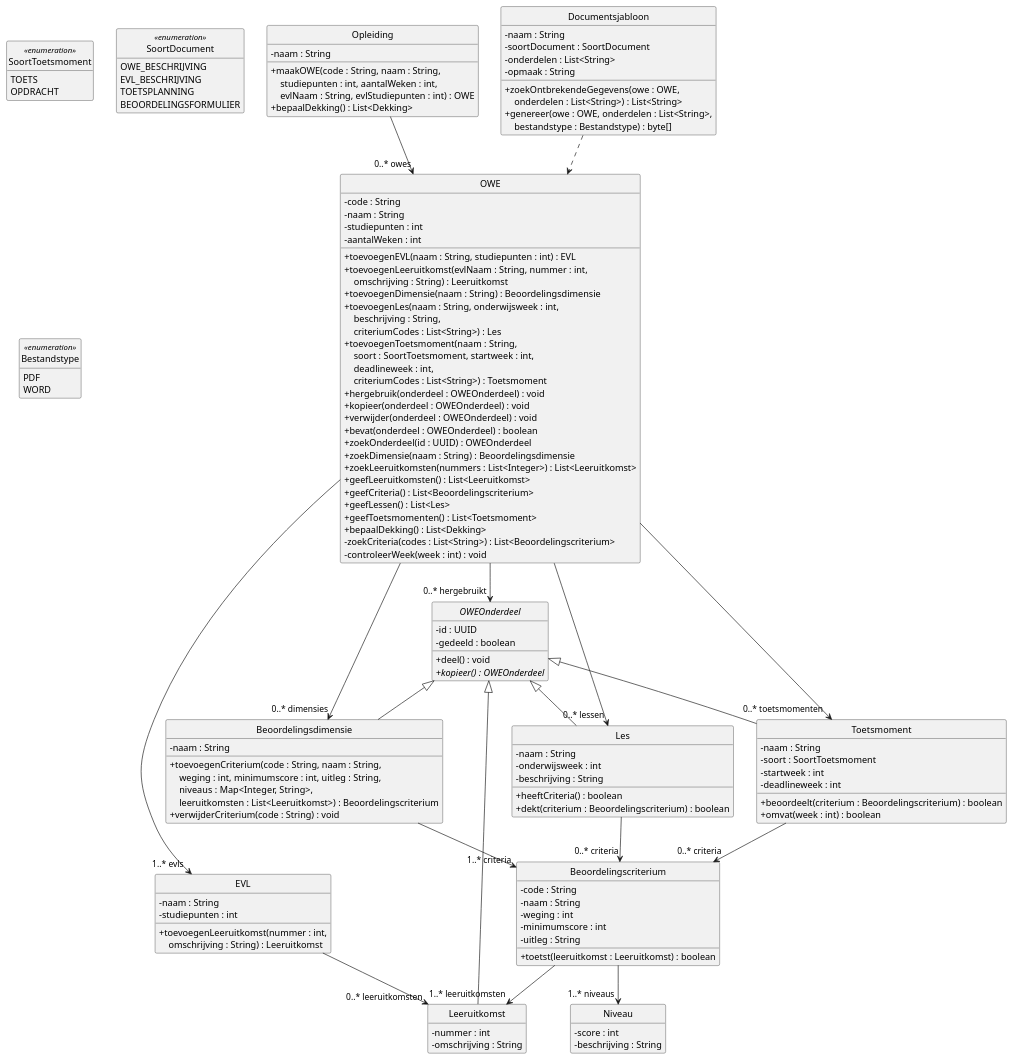
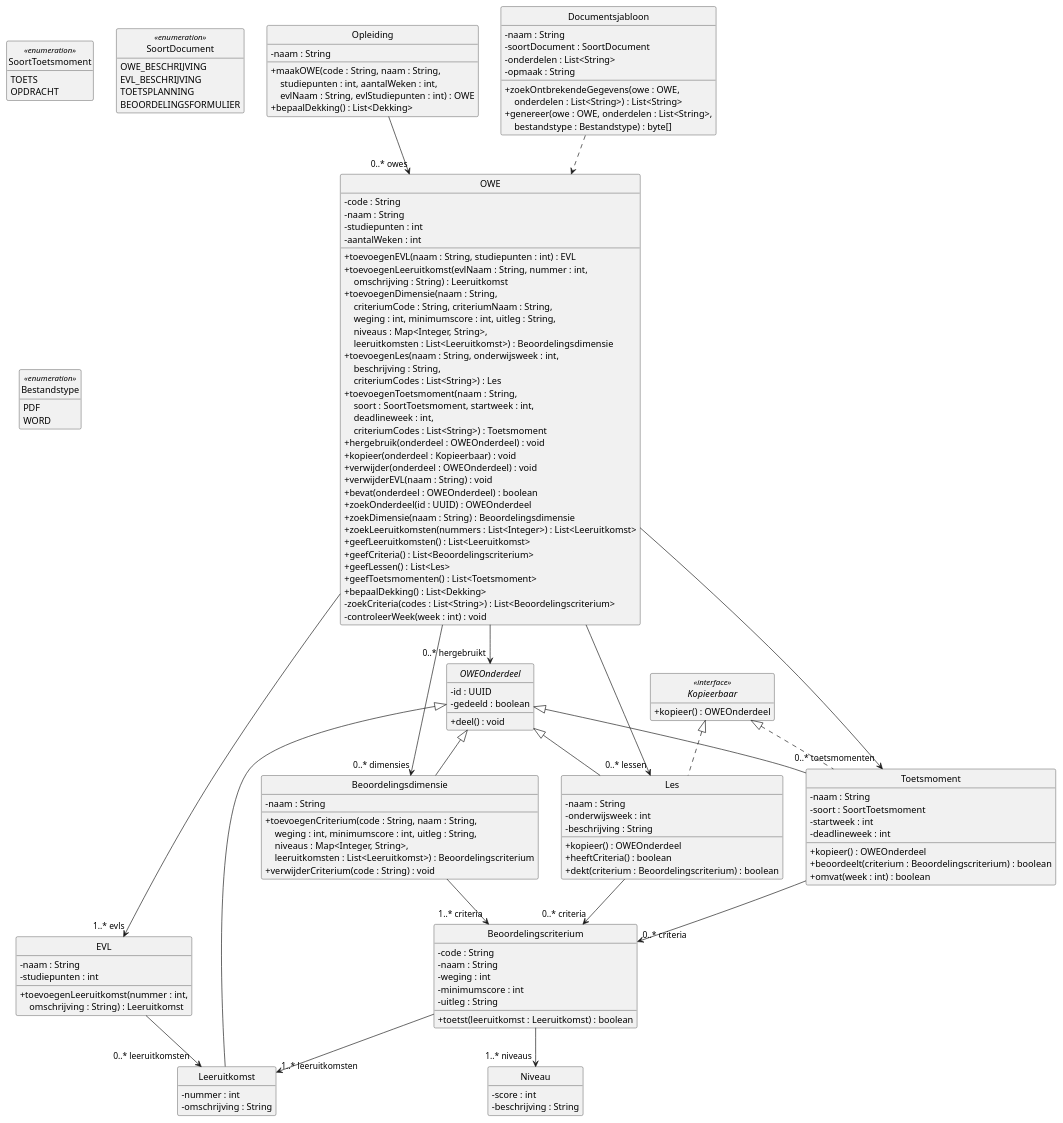
One commit to HAN-Craftsmanship-KL-JJG/casus changed the diagram in docs/diagrams/klassendiagram-domein.puml. Above: the diagram before and after it, drawn with PlantUML. The commit also changed 4 other files, not shown here.

First line of the commit message:
docs: resolve contradictions between class diagram and other docs

```diff
--- a/docs/diagrams/klassendiagram-domein.puml
+++ b/docs/diagrams/klassendiagram-domein.puml
@@ -1,156 +1,168 @@
 @startuml klassendiagram-domein
 ' Design class diagram van ICDE: de domeinklassen. Toelichting: docs/klassendiagram.md
 ' Getters en setters staan er niet in, zoals bij Larman (7.6).
 skinparam style strictuml
 skinparam shadowing false
 skinparam defaultFontName Helvetica
 skinparam classAttributeIconSize 0
 hide empty members
 
 class Opleiding {
   - naam : String
   + maakOWE(code : String, naam : String,\n    \
 studiepunten : int, aantalWeken : int,\n    \
 evlNaam : String, evlStudiepunten : int) : OWE
   + bepaalDekking() : List<Dekking>
 }
 
 class OWE {
   - code : String
   - naam : String
   - studiepunten : int
   - aantalWeken : int
   + toevoegenEVL(naam : String, studiepunten : int) : EVL
   + toevoegenLeeruitkomst(evlNaam : String, nummer : int,\n    \
 omschrijving : String) : Leeruitkomst
-  + toevoegenDimensie(naam : String) : Beoordelingsdimensie
+  + toevoegenDimensie(naam : String,\n    \
+criteriumCode : String, criteriumNaam : String,\n    \
+weging : int, minimumscore : int, uitleg : String,\n    \
+niveaus : Map<Integer, String>,\n    \
+leeruitkomsten : List<Leeruitkomst>) : Beoordelingsdimensie
   + toevoegenLes(naam : String, onderwijsweek : int,\n    \
 beschrijving : String,\n    \
 criteriumCodes : List<String>) : Les
   + toevoegenToetsmoment(naam : String,\n    \
 soort : SoortToetsmoment, startweek : int,\n    \
 deadlineweek : int,\n    \
 criteriumCodes : List<String>) : Toetsmoment
   + hergebruik(onderdeel : OWEOnderdeel) : void
-  + kopieer(onderdeel : OWEOnderdeel) : void
+  + kopieer(onderdeel : Kopieerbaar) : void
   + verwijder(onderdeel : OWEOnderdeel) : void
+  + verwijderEVL(naam : String) : void
   + bevat(onderdeel : OWEOnderdeel) : boolean
   + zoekOnderdeel(id : UUID) : OWEOnderdeel
   + zoekDimensie(naam : String) : Beoordelingsdimensie
   + zoekLeeruitkomsten(nummers : List<Integer>) : List<Leeruitkomst>
   + geefLeeruitkomsten() : List<Leeruitkomst>
   + geefCriteria() : List<Beoordelingscriterium>
   + geefLessen() : List<Les>
   + geefToetsmomenten() : List<Toetsmoment>
   + bepaalDekking() : List<Dekking>
   - zoekCriteria(codes : List<String>) : List<Beoordelingscriterium>
   - controleerWeek(week : int) : void
 }
 
 class EVL {
   - naam : String
   - studiepunten : int
   + toevoegenLeeruitkomst(nummer : int,\n    \
 omschrijving : String) : Leeruitkomst
 }
 
 abstract class OWEOnderdeel {
   - id : UUID
   - gedeeld : boolean
   + deel() : void
-  + {abstract} kopieer() : OWEOnderdeel
 }
 
 class Leeruitkomst {
   - nummer : int
   - omschrijving : String
 }
 
 class Beoordelingsdimensie {
   - naam : String
   + toevoegenCriterium(code : String, naam : String,\n    \
 weging : int, minimumscore : int, uitleg : String,\n    \
 niveaus : Map<Integer, String>,\n    \
 leeruitkomsten : List<Leeruitkomst>) : Beoordelingscriterium
   + verwijderCriterium(code : String) : void
 }
 
 class Beoordelingscriterium {
   - code : String
   - naam : String
   - weging : int
   - minimumscore : int
   - uitleg : String
   + toetst(leeruitkomst : Leeruitkomst) : boolean
 }
 
 class Niveau {
   - score : int
   - beschrijving : String
 }
 
 class Les {
   - naam : String
   - onderwijsweek : int
   - beschrijving : String
+  + kopieer() : OWEOnderdeel
   + heeftCriteria() : boolean
   + dekt(criterium : Beoordelingscriterium) : boolean
 }
 
 class Toetsmoment {
   - naam : String
   - soort : SoortToetsmoment
   - startweek : int
   - deadlineweek : int
+  + kopieer() : OWEOnderdeel
   + beoordeelt(criterium : Beoordelingscriterium) : boolean
   + omvat(week : int) : boolean
 }
 
 class Documentsjabloon {
   - naam : String
   - soortDocument : SoortDocument
   - onderdelen : List<String>
   - opmaak : String
   + zoekOntbrekendeGegevens(owe : OWE,\n    \
 onderdelen : List<String>) : List<String>
   + genereer(owe : OWE, onderdelen : List<String>,\n    \
 bestandstype : Bestandstype) : byte[]
+}
+
+interface Kopieerbaar <<interface>> {
+  + kopieer() : OWEOnderdeel
 }
 
 enum SoortToetsmoment <<enumeration>> {
   TOETS
   OPDRACHT
 }
 
 enum SoortDocument <<enumeration>> {
   OWE_BESCHRIJVING
   EVL_BESCHRIJVING
   TOETSPLANNING
   BEOORDELINGSFORMULIER
 }
 
 enum Bestandstype <<enumeration>> {
   PDF
   WORD
 }
 
 Opleiding --> "0..* owes" OWE
 OWE --> "1..* evls" EVL
 EVL --> "0..* leeruitkomsten" Leeruitkomst
 OWE --> "0..* dimensies" Beoordelingsdimensie
 Beoordelingsdimensie --> "1..* criteria" Beoordelingscriterium
 Beoordelingscriterium --> "1..* niveaus" Niveau
 Beoordelingscriterium --> "1..* leeruitkomsten" Leeruitkomst
 OWE --> "0..* lessen" Les
 OWE --> "0..* toetsmomenten" Toetsmoment
 Les --> "0..* criteria" Beoordelingscriterium
 Toetsmoment --> "0..* criteria" Beoordelingscriterium
 OWE --> "0..* hergebruikt" OWEOnderdeel
 
 OWEOnderdeel <|-- Leeruitkomst
 OWEOnderdeel <|-- Beoordelingsdimensie
 OWEOnderdeel <|-- Les
 OWEOnderdeel <|-- Toetsmoment
+Kopieerbaar <|.. Les
+Kopieerbaar <|.. Toetsmoment
 
 Documentsjabloon ..> OWE
 @enduml
```
